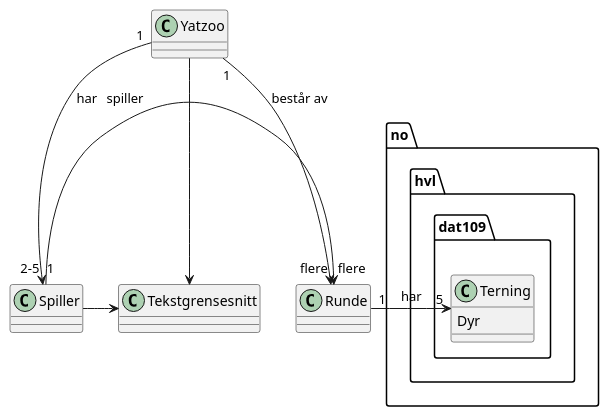
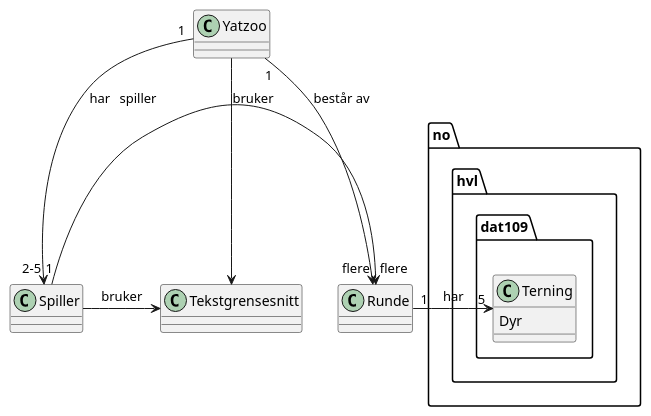
Before and after one commit to 571530/DAT109Oblig1: the diagram in src/no/hvl/dat109/uml/Domenemodell.puml, drawn with PlantUML. The commit also changed 1 other file, not shown here.

```diff
--- a/src/no/hvl/dat109/uml/Domenemodell.puml
+++ b/src/no/hvl/dat109/uml/Domenemodell.puml
@@ -1,32 +1,32 @@
 @startuml
 
 class Yatzoo{
 
 }
 
 class Tekstgrensesnitt {
 
 }
 
 class Spiller{
 
 }
 
 class Runde{
 
 }
 
 class no.hvl.dat109.Terning{
 Dyr
 
 }
 
 Yatzoo "1" --> "2-5" Spiller : har
-Yatzoo -> Tekstgrensesnitt
-Spiller -> Tekstgrensesnitt
+Yatzoo -> Tekstgrensesnitt : bruker
+Spiller -> Tekstgrensesnitt : bruker
 Yatzoo "1" -> "flere" Runde : består av
 Spiller "1" -> "flere" Runde : spiller
 Runde "1" -> "5" no.hvl.dat109.Terning : har
 
 
 @enduml
```
